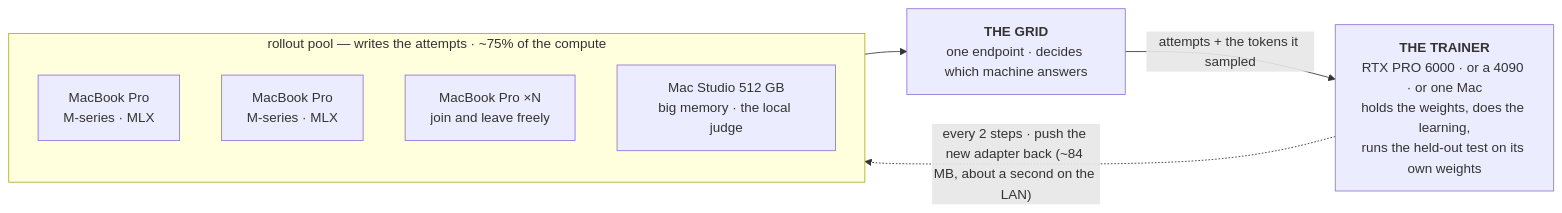
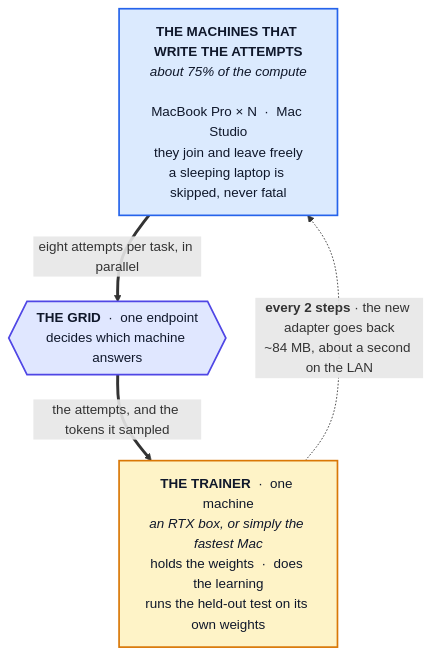
The third of 5 diagrams in train/README.md (autonomous-ai/autonomous-grid), drawn with Mermaid before and after one commit. The commit also changed other lines of this file, not shown here.

````diff
--- a/train/README.md
+++ b/train/README.md
@@ -85,15 +109,16 @@
 ```mermaid
-flowchart LR
-  subgraph pool["rollout pool — writes the attempts · ~75% of the compute"]
-    direction TB
-    M1["MacBook Pro<br/>M-series · MLX"]
-    M2["MacBook Pro<br/>M-series · MLX"]
-    M3["MacBook Pro ×N<br/>join and leave freely"]
-    ST["Mac Studio 512 GB<br/>big memory · the local judge"]
-  end
-  GRID["<b>THE GRID</b><br/>one endpoint · decides which machine answers"]
-  TR["<b>THE TRAINER</b><br/>RTX PRO 6000 · or a 4090 · or one Mac<br/>holds the weights, does the learning,<br/>runs the held-out test on its own weights"]
-  pool --> GRID
-  GRID -- "attempts + the tokens it sampled" --> TR
-  TR -. "every 2 steps · push the new adapter back (~84 MB, about a second on the LAN)" .-> pool
+flowchart TB
+  POOL["<b>THE MACHINES THAT WRITE THE ATTEMPTS</b><br/><i>about 75% of the compute</i><br/><br/>MacBook Pro × N &nbsp;·&nbsp; Mac Studio<br/>they join and leave freely<br/>a sleeping laptop is skipped, never fatal"]
+  GRID{{"<b>THE GRID</b> &nbsp;·&nbsp; one endpoint<br/>decides which machine answers"}}
+  TR["<b>THE TRAINER</b> &nbsp;·&nbsp; one machine<br/><i>an RTX box, or simply the fastest Mac</i><br/>holds the weights &nbsp;·&nbsp; does the learning<br/>runs the held-out test on its own weights"]
+  POOL == "eight attempts per task, in parallel" ==> GRID
+  GRID == "the attempts, and the tokens it sampled" ==> TR
+  TR -. "<b>every 2 steps</b> · the new adapter goes back<br/>~84 MB, about a second on the LAN" .-> POOL
+
+  classDef mac fill:#dbeafe,stroke:#2563eb,stroke-width:2px,color:#0f172a
+  classDef grid fill:#e0e7ff,stroke:#4f46e5,stroke-width:2px,color:#0f172a
+  classDef trainer fill:#fef3c7,stroke:#d97706,stroke-width:2px,color:#0f172a
+  class POOL mac
+  class GRID grid
+  class TR trainer
 ```
````
